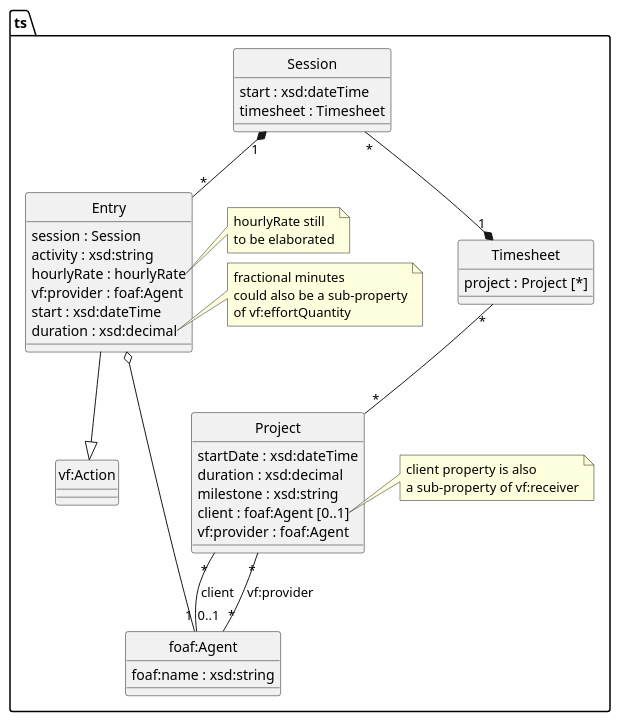
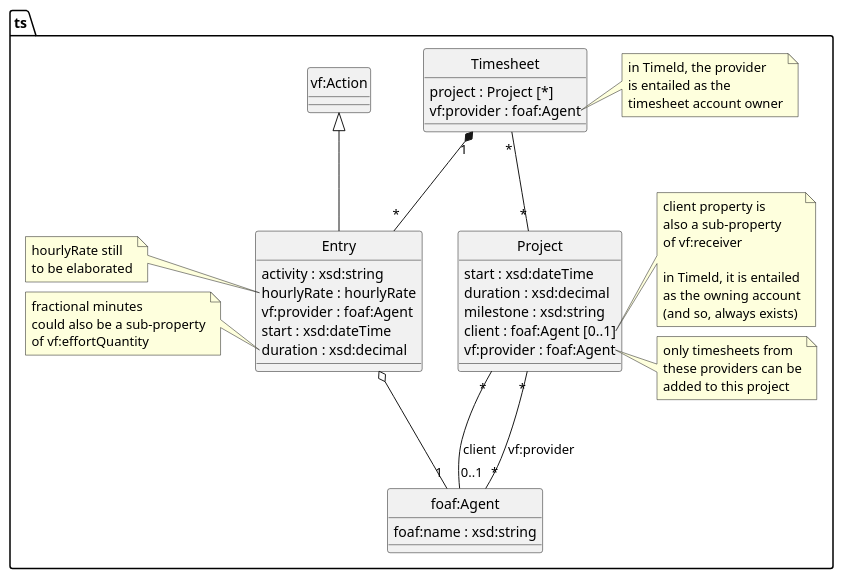
One commit to m-ld/timeld changed the diagram in architecture/data-model/class-data-model.puml. Above: the diagram before and after it, drawn with PlantUML. The commit also changed 17 other files, not shown here.

```diff
--- a/architecture/data-model/class-data-model.puml
+++ b/architecture/data-model/class-data-model.puml
@@ -1,67 +1,76 @@
 @startuml
 'https://plantuml.com/class-diagram
 
 hide circle
 
 package ts {
     class Timesheet {
         project : Project [*]
+        vf:provider : foaf:Agent
     }
 
-    class Session {
-        start : xsd:dateTime
-        timesheet : Timesheet
-    }
+    note right of Timesheet::vf:provider
+      in Timeld, the provider
+      is entailed as the
+      timesheet account owner
+    end note
 
-    Session "1" *-- "*" Entry
+    Timesheet "1" *-- "*" Entry
 
     class Entry {
-        session : Session
         activity : xsd:string
         hourlyRate : hourlyRate
         vf:provider : foaf:Agent
         start : xsd:dateTime
         duration : xsd:decimal
     }
 
-    note right of Entry::hourlyRate
+    note left of Entry::hourlyRate
         hourlyRate still
         to be elaborated
     end note
 
-    note right of Entry::duration
+    note left of Entry::duration
         fractional minutes
         could also be a sub-property
         of vf:effortQuantity
     end note
 
-    Entry --|> "vf:Action"
+    "vf:Action" <|-- Entry
 
     Entry o-- "1" "foaf:Agent"
 
-    Session "*" --* "1" Timesheet
-
     class Project {
-        startDate : xsd:dateTime
+        start : xsd:dateTime
         duration : xsd:decimal
         milestone : xsd:string
         client : foaf:Agent [0..1]
         vf:provider : foaf:Agent
     }
+    note right of Project::client
+      client property is
+      also a sub-property
+      of vf:receiver
+
+      in Timeld, it is entailed
+      as the owning account
+      (and so, always exists)
+    end note
+
+    note right of Project::vf:provider
+      only timesheets from
+      these providers can be
+      added to this project
+    end note
 
     Timesheet "*" -- "*" Project
 
     class foaf:Agent {
         foaf:name : xsd:string
     }
 
     Project "*" -- "0..1" "foaf:Agent": client
     Project "*" -- "*" "foaf:Agent": vf:provider
-
-    note right of Project::client
-    client property is also
-    a sub-property of vf:receiver
-    end note
 }
 
 @enduml
```
